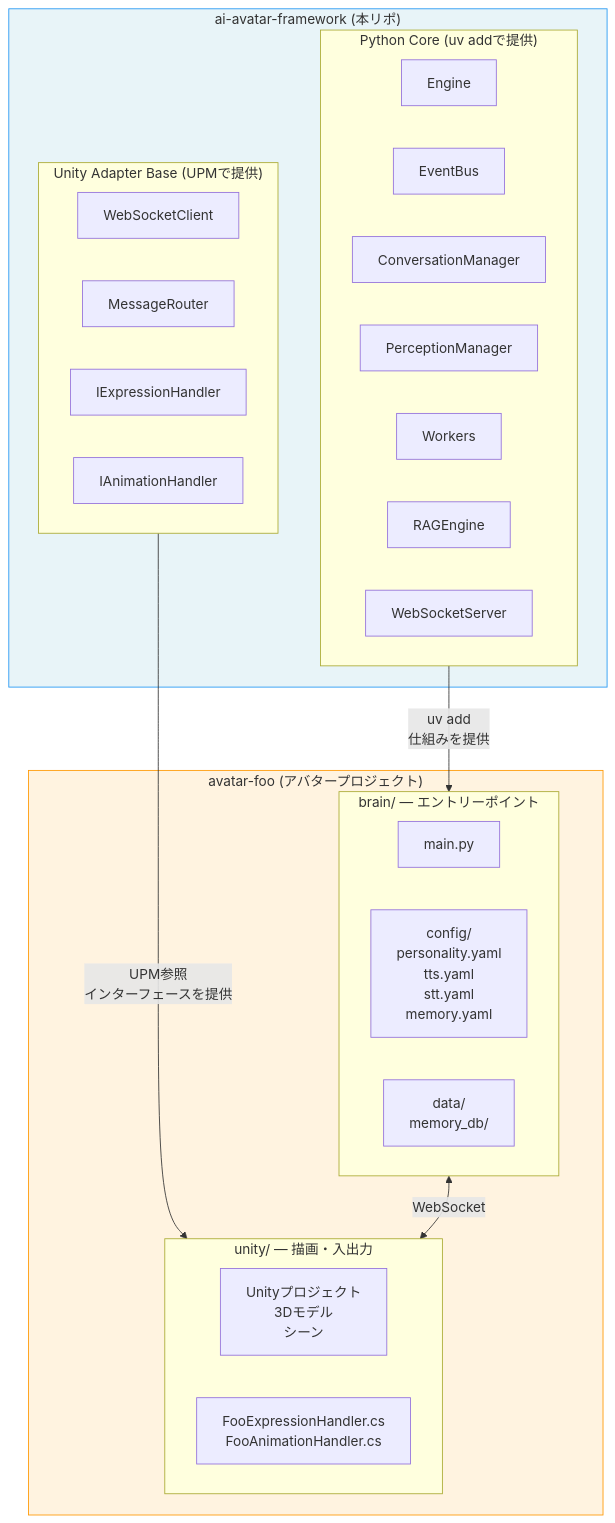
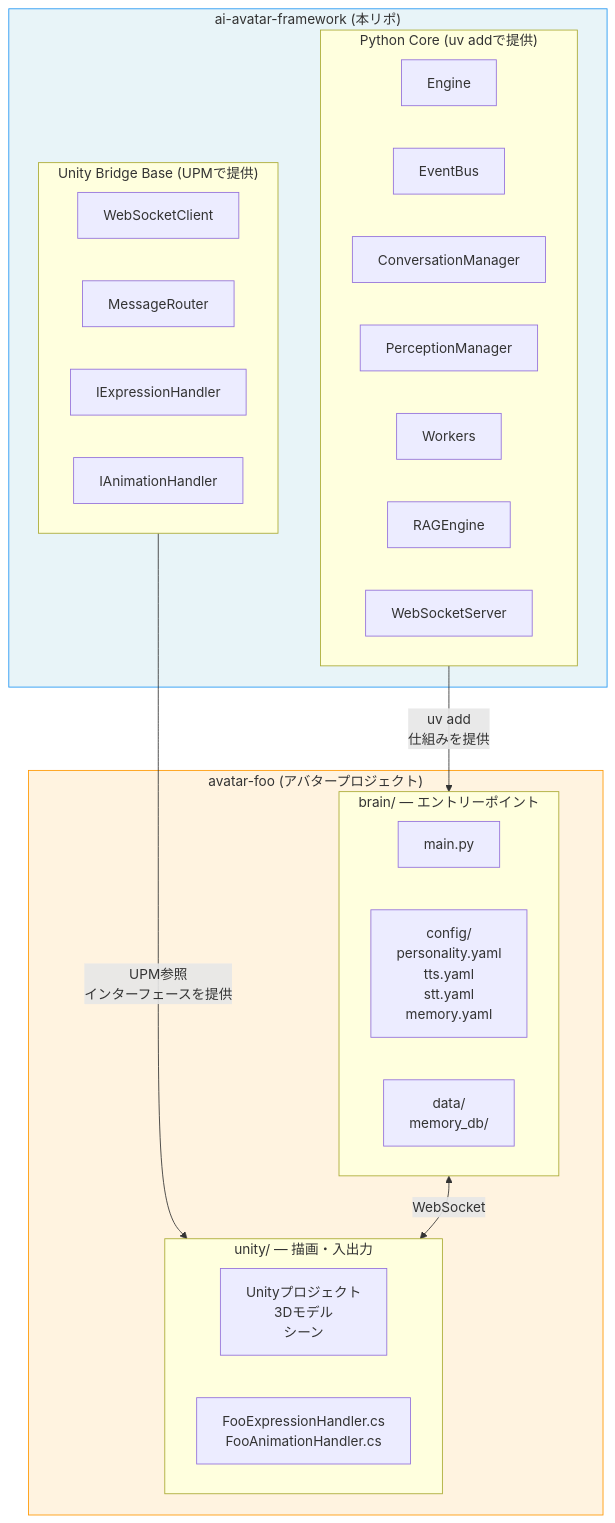
The diagram in docs/architecture.md (miumo6329/ai-avatar-framework), drawn with Mermaid before and after one commit. The commit also changed other lines of this file and 11 other files, not shown here.

````diff
--- a/docs/architecture.md
+++ b/docs/architecture.md
@@ -17,39 +17,39 @@
 ```mermaid
 graph TB
   subgraph framework["ai-avatar-framework (本リポ)"]
     subgraph core["Python Core (uv addで提供)"]
       Engine
       EventBus
       ConversationManager
       PerceptionManager
       Workers
       RAGEngine
       WebSocketServer
     end
-    subgraph adapter["Unity Adapter Base (UPMで提供)"]
+    subgraph bridge["Unity Bridge Base (UPMで提供)"]
       WebSocketClient
       MessageRouter
       IExpressionHandler
       IAnimationHandler
     end
   end
 
   subgraph avatar["avatar-foo (アバタープロジェクト)"]
     subgraph brain["brain/ — エントリーポイント"]
       main.py
       config["config/\npersonality.yaml\ntts.yaml\nstt.yaml\nmemory.yaml"]
       data["data/\nmemory_db/"]
     end
     subgraph unity["unity/ — 描画・入出力"]
       UnityProject["Unityプロジェクト\n3Dモデル\nシーン"]
       FooHandlers["FooExpressionHandler.cs\nFooAnimationHandler.cs"]
     end
   end
 
   core -- "uv add\n仕組みを提供" --> brain
-  adapter -- "UPM参照\nインターフェースを提供" --> unity
+  bridge -- "UPM参照\nインターフェースを提供" --> unity
   brain <--> |"WebSocket"| unity
 
   style framework fill:#e8f4f8,stroke:#2196F3
   style avatar fill:#fff3e0,stroke:#FF9800
 ```
````
